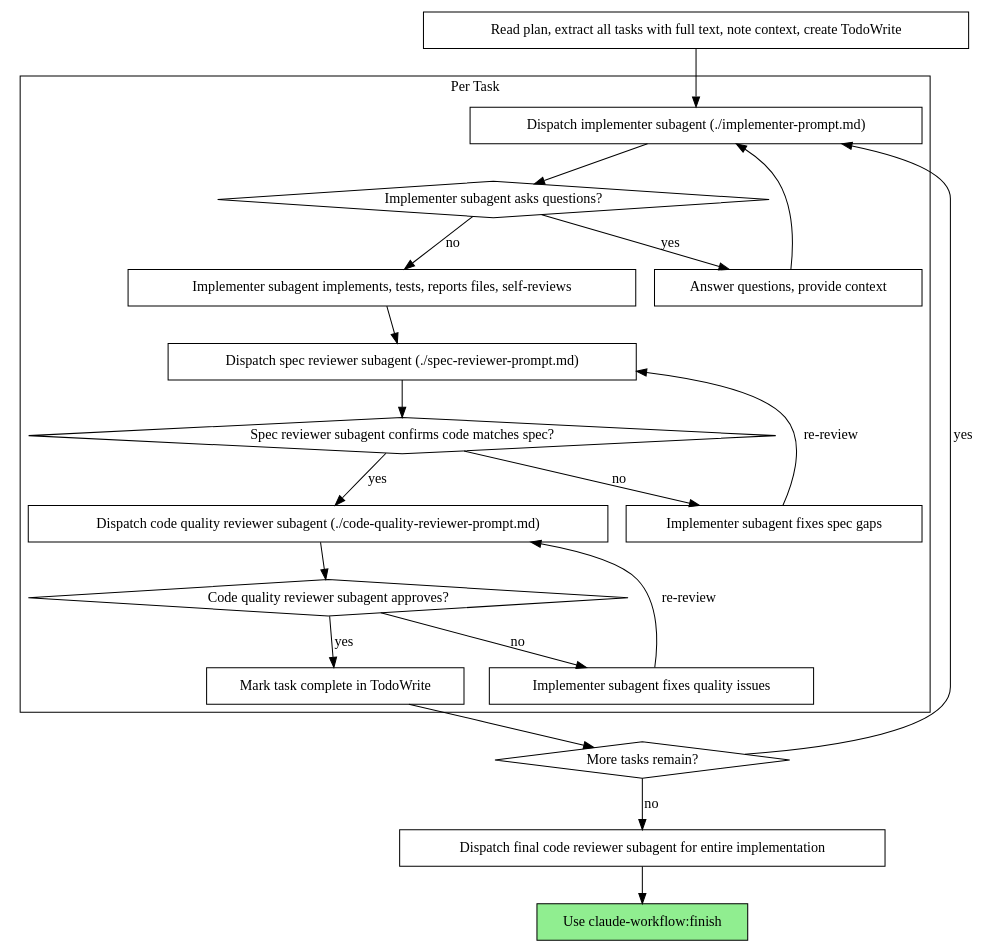
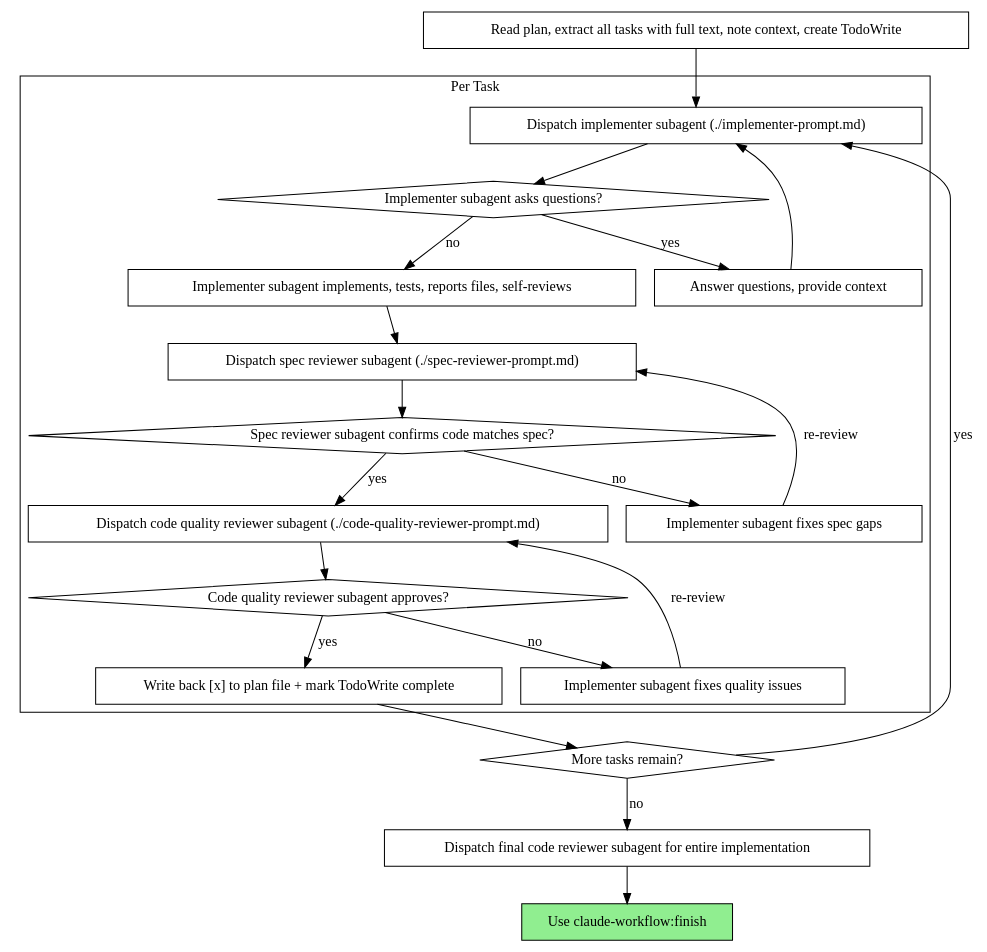
Before and after one commit to YoYoSenRan/claude-workflow: the second of 2 diagrams in skills/subagent/SKILL.md, drawn with Graphviz. The commit also changed other lines of this file and 13 other files, not shown here.

````diff
--- a/skills/subagent/SKILL.md
+++ b/skills/subagent/SKILL.md
@@ -44,44 +48,44 @@
 ```dot
 digraph process {
     rankdir=TB;
 
     subgraph cluster_per_task {
         label="Per Task";
         "Dispatch implementer subagent (./implementer-prompt.md)" [shape=box];
         "Implementer subagent asks questions?" [shape=diamond];
         "Answer questions, provide context" [shape=box];
         "Implementer subagent implements, tests, reports files, self-reviews" [shape=box];
         "Dispatch spec reviewer subagent (./spec-reviewer-prompt.md)" [shape=box];
         "Spec reviewer subagent confirms code matches spec?" [shape=diamond];
         "Implementer subagent fixes spec gaps" [shape=box];
         "Dispatch code quality reviewer subagent (./code-quality-reviewer-prompt.md)" [shape=box];
         "Code quality reviewer subagent approves?" [shape=diamond];
         "Implementer subagent fixes quality issues" [shape=box];
-        "Mark task complete in TodoWrite" [shape=box];
+        "Write back [x] to plan file + mark TodoWrite complete" [shape=box];
     }
 
     "Read plan, extract all tasks with full text, note context, create TodoWrite" [shape=box];
     "More tasks remain?" [shape=diamond];
     "Dispatch final code reviewer subagent for entire implementation" [shape=box];
     "Use claude-workflow:finish" [shape=box style=filled fillcolor=lightgreen];
 
     "Read plan, extract all tasks with full text, note context, create TodoWrite" -> "Dispatch implementer subagent (./implementer-prompt.md)";
     "Dispatch implementer subagent (./implementer-prompt.md)" -> "Implementer subagent asks questions?";
     "Implementer subagent asks questions?" -> "Answer questions, provide context" [label="yes"];
     "Answer questions, provide context" -> "Dispatch implementer subagent (./implementer-prompt.md)";
     "Implementer subagent asks questions?" -> "Implementer subagent implements, tests, reports files, self-reviews" [label="no"];
     "Implementer subagent implements, tests, reports files, self-reviews" -> "Dispatch spec reviewer subagent (./spec-reviewer-prompt.md)";
     "Dispatch spec reviewer subagent (./spec-reviewer-prompt.md)" -> "Spec reviewer subagent confirms code matches spec?";
     "Spec reviewer subagent confirms code matches spec?" -> "Implementer subagent fixes spec gaps" [label="no"];
     "Implementer subagent fixes spec gaps" -> "Dispatch spec reviewer subagent (./spec-reviewer-prompt.md)" [label="re-review"];
     "Spec reviewer subagent confirms code matches spec?" -> "Dispatch code quality reviewer subagent (./code-quality-reviewer-prompt.md)" [label="yes"];
     "Dispatch code quality reviewer subagent (./code-quality-reviewer-prompt.md)" -> "Code quality reviewer subagent approves?";
     "Code quality reviewer subagent approves?" -> "Implementer subagent fixes quality issues" [label="no"];
     "Implementer subagent fixes quality issues" -> "Dispatch code quality reviewer subagent (./code-quality-reviewer-prompt.md)" [label="re-review"];
-    "Code quality reviewer subagent approves?" -> "Mark task complete in TodoWrite" [label="yes"];
-    "Mark task complete in TodoWrite" -> "More tasks remain?";
+    "Code quality reviewer subagent approves?" -> "Write back [x] to plan file + mark TodoWrite complete" [label="yes"];
+    "Write back [x] to plan file + mark TodoWrite complete" -> "More tasks remain?";
     "More tasks remain?" -> "Dispatch implementer subagent (./implementer-prompt.md)" [label="yes"];
     "More tasks remain?" -> "Dispatch final code reviewer subagent for entire implementation" [label="no"];
     "Dispatch final code reviewer subagent for entire implementation" -> "Use claude-workflow:finish";
 }
 ```
````
